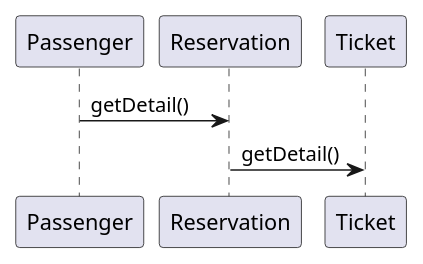
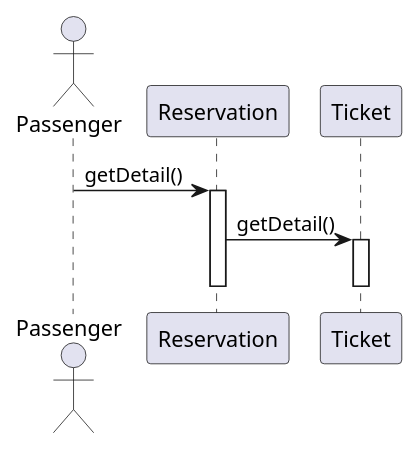
Before and after one commit to AlperenElbasan/FlightReservationSystem: the diagram in Diagrams/Sequence/Passenger/5_view_details_of_reservations.puml, drawn with PlantUML. The commit also changed 5 other files, not shown here.

```diff
--- a/Diagrams/Sequence/Passenger/5_view_details_of_reservations.puml
+++ b/Diagrams/Sequence/Passenger/5_view_details_of_reservations.puml
@@ -1,4 +1,12 @@
-@startuml
+@startuml ViewDetailsOfReservation
+
+Actor Passenger
+
 Passenger -> Reservation : getDetail()
+activate Reservation
 Reservation -> Ticket : getDetail()
+activate Ticket
+deactivate
+deactivate
+
 @enduml
```
